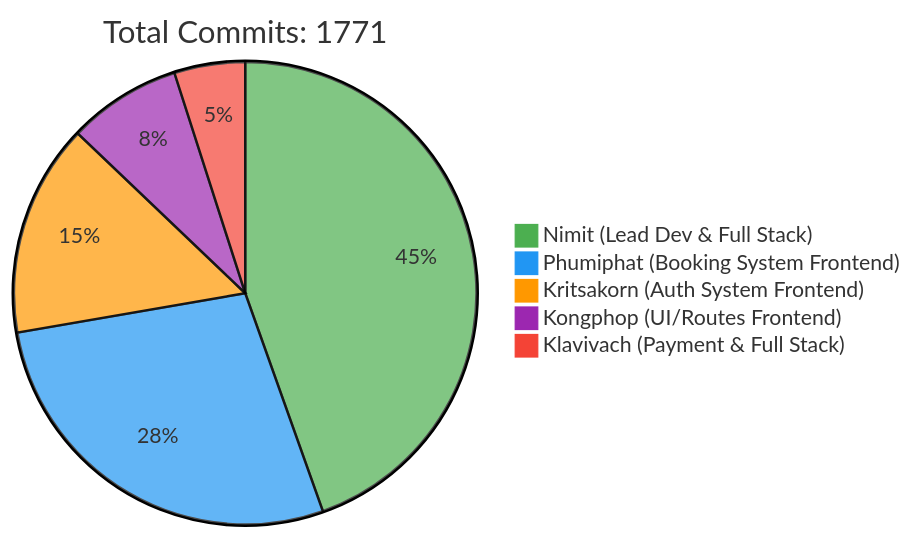
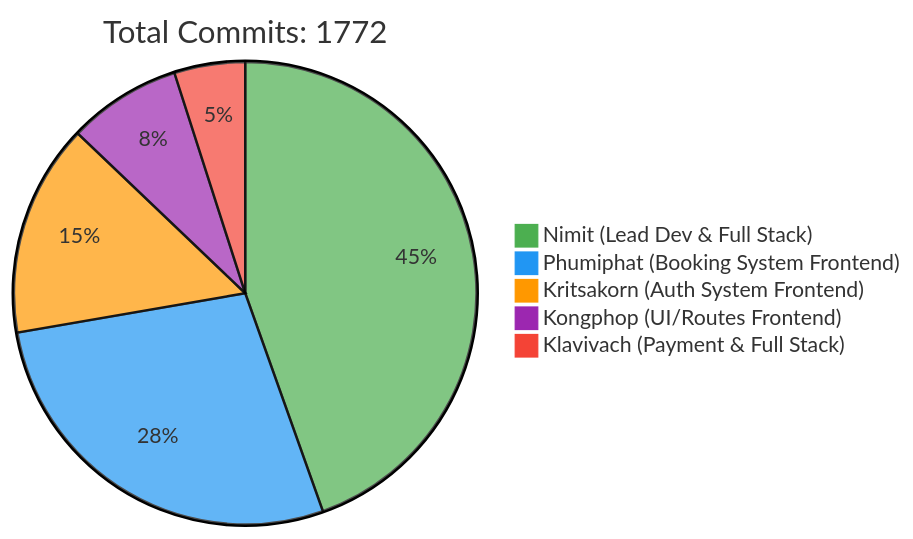
One commit to 6531503042/Sport-Complex changed the first of 2 diagrams in README.md. Above: the diagram before and after it, drawn with Mermaid. The commit also changed other lines of this file, not shown here.

Commit message:
docs: Update contributor statistics [skip ci]

````diff
--- a/README.md
+++ b/README.md
@@ -257,10 +257,10 @@
 ```mermaid
 %%{init: {'theme': 'base', 'themeVariables': { 'pie1': '#4CAF50', 'pie2': '#2196F3', 'pie3': '#FF9800', 'pie4': '#9C27B0', 'pie5': '#F44336'}}}%%
 pie
-    title Total Commits: 1771
+    title Total Commits: 1772
     "Nimit (Lead Dev & Full Stack)" : 450
     "Phumiphat (Booking System Frontend)" : 280
     "Kritsakorn (Auth System Frontend)" : 150
     "Kongphop (UI/Routes Frontend)" : 80
     "Klavivach (Payment & Full Stack)" : 50
 ```
````
